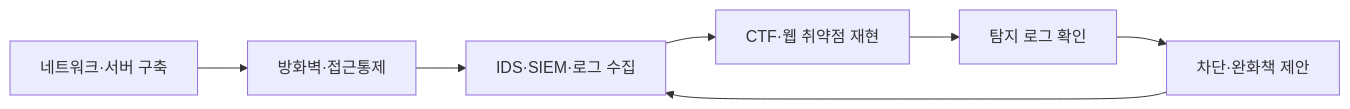
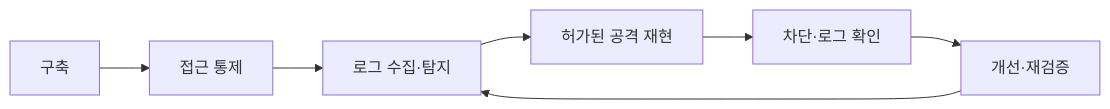
The diagram in README.md (leesoonhyun/security-infrastructure-portfolio), drawn with Mermaid before and after one commit. The commit also changed other lines of this file, not shown here.

````diff
--- a/README.md
+++ b/README.md
@@ -41,9 +126,9 @@
 ```mermaid
 flowchart LR
-    A[네트워크·서버 구축] --> B[방화벽·접근통제]
-    B --> C[IDS·SIEM·로그 수집]
-    C --> D[CTF·웹 취약점 재현]
-    D --> E[탐지 로그 확인]
-    E --> F[차단·완화책 제안]
+    A[구축] --> B[접근 통제]
+    B --> C[로그 수집·탐지]
+    C --> D[허가된 공격 재현]
+    D --> E[차단·로그 확인]
+    E --> F[개선·재검증]
     F --> C
 ```
````
